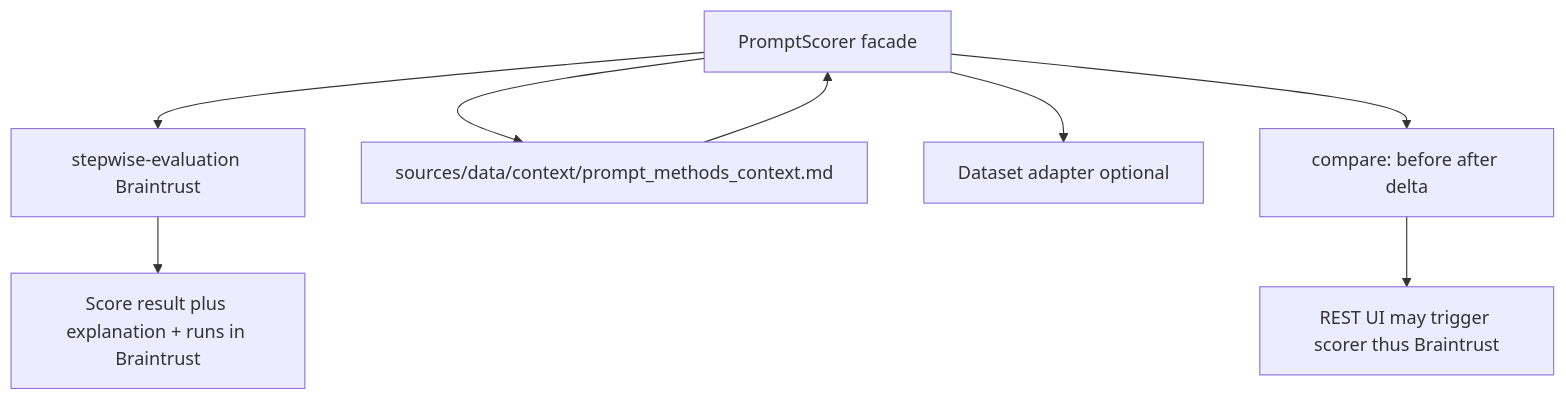
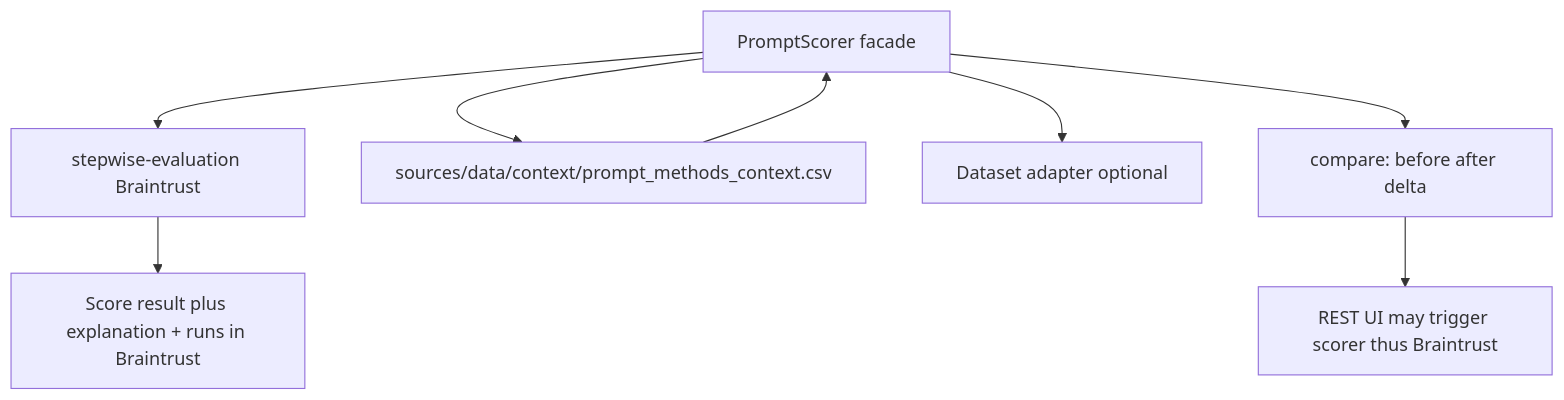
The diagram in docs/ai/design/feature-prompt-scorer.md (trummelbummel/promptymize), drawn with Mermaid before and after one commit. The commit also changed other lines of this file and 40 other files, not shown here.

````diff
--- a/docs/ai/design/feature-prompt-scorer.md
+++ b/docs/ai/design/feature-prompt-scorer.md
@@ -13,10 +13,10 @@
 ```mermaid
 graph TD
   API[PromptScorer facade] --> Stepwise[stepwise-evaluation Braintrust]
-  API --> CtxMD[sources/data/context/prompt_methods_context.md]
-  CtxMD --> API
+  API --> CtxCSV[sources/data/context/prompt_methods_context.csv]
+  CtxCSV --> API
   API --> Data[Dataset adapter optional]
   Stepwise --> Out[Score result plus explanation + runs in Braintrust]
   API --> Cmp[compare: before after delta]
   Cmp --> UI[REST UI may trigger scorer thus Braintrust]
 ```
````
